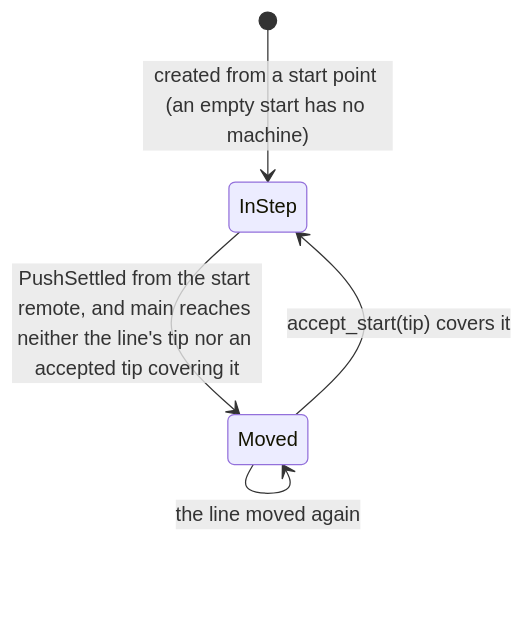
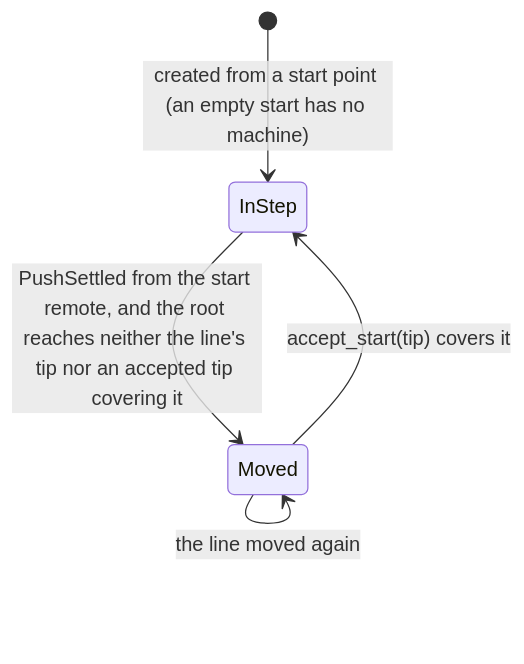
One commit to mcurcio/agentfs changed the second of 2 diagrams in docs/target-architecture/domains/volume.md. Above: the diagram before and after it, drawn with Mermaid. The commit also changed other lines of this file and 20 other files, not shown here.

````diff
--- a/docs/target-architecture/domains/volume.md
+++ b/docs/target-architecture/domains/volume.md
@@ -42,7 +42,7 @@
 ```mermaid
 stateDiagram-v2
   [*] --> InStep: created from a start point (an empty start has no machine)
-  InStep --> Moved: PushSettled from the start remote, and main reaches neither the line's tip nor an accepted tip covering it
+  InStep --> Moved: PushSettled from the start remote, and the root reaches neither the line's tip nor an accepted tip covering it
   Moved --> InStep: accept_start(tip) covers it
   Moved --> Moved: the line moved again
 ```
````
